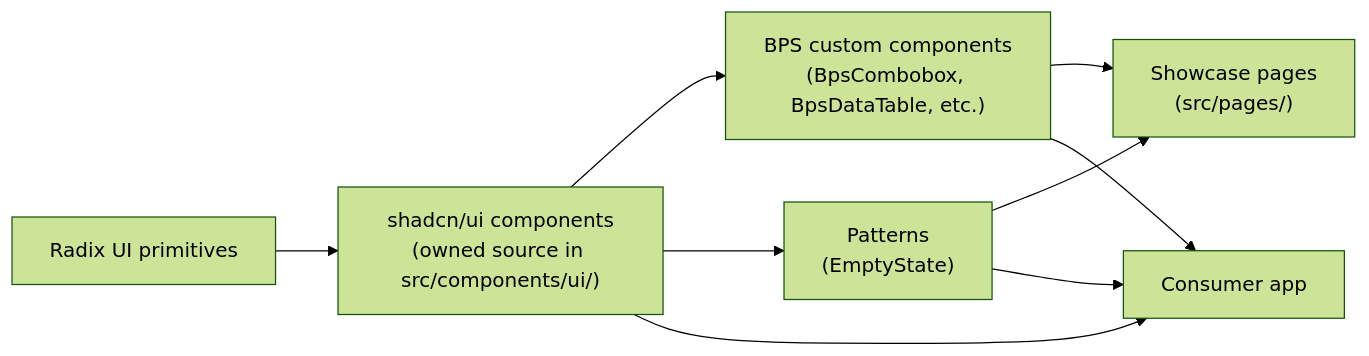
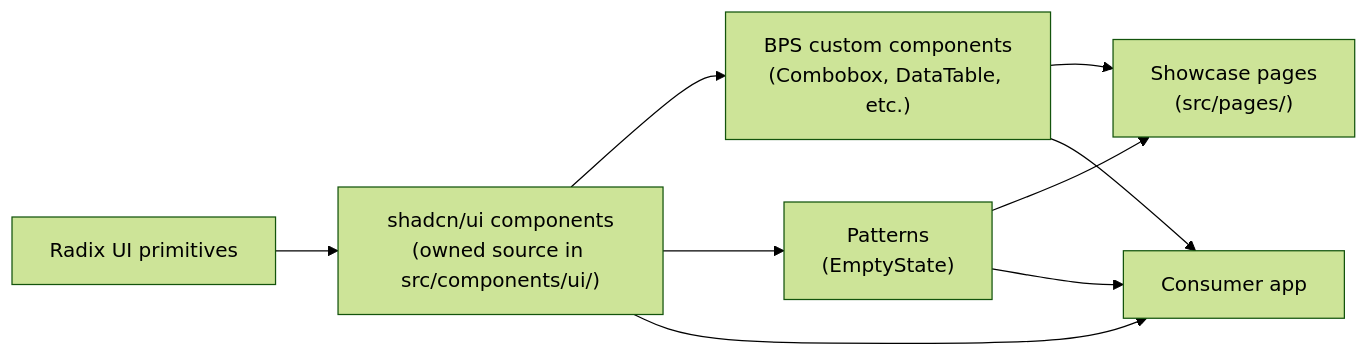
The third of 3 diagrams in docs/architecture.md (bpsprovkaltara/design-system), drawn with Mermaid (forest theme) before and after one commit. The commit also changed 109 other files, not shown here.

````diff
--- a/docs/architecture.md
+++ b/docs/architecture.md
@@ -50,18 +50,18 @@
 ```mermaid
 flowchart LR
     radix["Radix UI primitives"]
     shadcn["shadcn/ui components\n(owned source in src/components/ui/)"]
-    custom["BPS custom components\n(BpsCombobox, BpsDataTable, etc.)"]
+    custom["BPS custom components\n(Combobox, DataTable, etc.)"]
     patterns["Patterns\n(EmptyState)"]
     pages["Showcase pages\n(src/pages/)"]
     consumer["Consumer app"]
 
     radix --> shadcn
     shadcn --> custom
     shadcn --> patterns
     custom --> pages
     patterns --> pages
     shadcn --> consumer
     custom --> consumer
     patterns --> consumer
 ```
````
